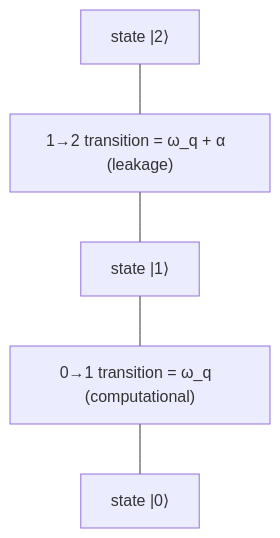
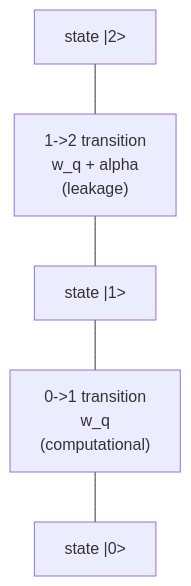
Before and after one commit to Iamsohungrynow/superconducting-qubits-journey: the second of 2 diagrams in tutorial/07-single-qubit-gates.md, drawn with Mermaid. The commit also changed other lines of this file and 11 other files, not shown here.

Commit message:
Rewrite Mermaid diagrams for clear GitHub rendering (TD layout, short labels)

````diff
--- a/tutorial/07-single-qubit-gates.md
+++ b/tutorial/07-single-qubit-gates.md
@@ -105,5 +105,5 @@
 ```mermaid
-flowchart TB
-    L2["state |2⟩"] --- E12["1→2 transition = ω_q + α  (leakage)"] --- L1["state |1⟩"]
-    L1 --- E01["0→1 transition = ω_q  (computational)"] --- L0["state |0⟩"]
+flowchart TD
+    L2["state |2>"] --- E12["1->2 transition<br/>w_q + alpha<br/>(leakage)"] --- L1["state |1>"]
+    L1 --- E01["0->1 transition<br/>w_q<br/>(computational)"] --- L0["state |0>"]
 ```
````
